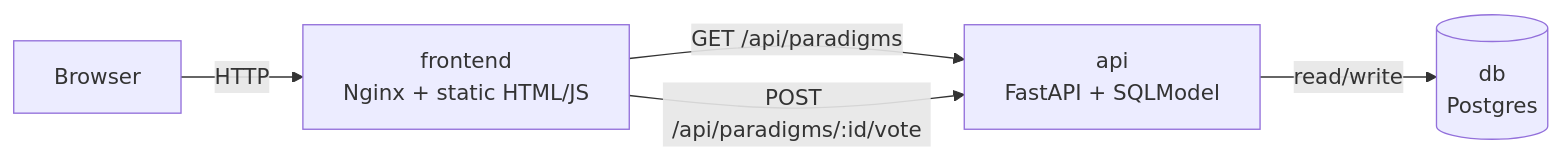
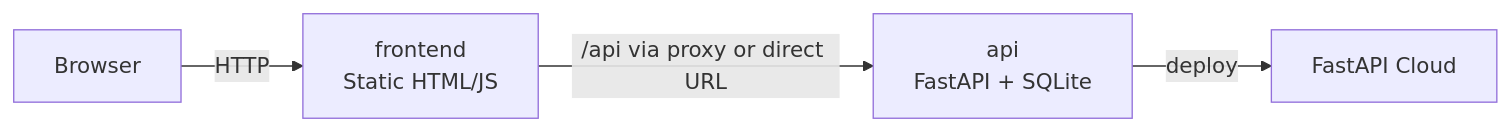
The diagram in README.md (EASS-HIT-PART-A-2026-CLASS-IX/dev-paradigm-showdown), drawn with Mermaid before and after one commit. The commit also changed other lines of this file and 17 other files, not shown here.

````diff
--- a/README.md
+++ b/README.md
@@ -22,12 +22,11 @@
 ```mermaid
 flowchart LR
     U[Browser]
-    F[frontend<br/>Nginx + static HTML/JS]
-    A[api<br/>FastAPI + SQLModel]
-    D[(db<br/>Postgres)]
+    F[frontend<br/>Static HTML/JS]
+    A[api<br/>FastAPI + SQLite]
+    C[FastAPI Cloud]
 
     U -->|HTTP| F
-    F -->|GET /api/paradigms| A
-    F -->|POST /api/paradigms/:id/vote| A
-    A -->|read/write| D
+    F -->|/api via proxy or direct URL| A
+    A -->|deploy| C
 ```
````
